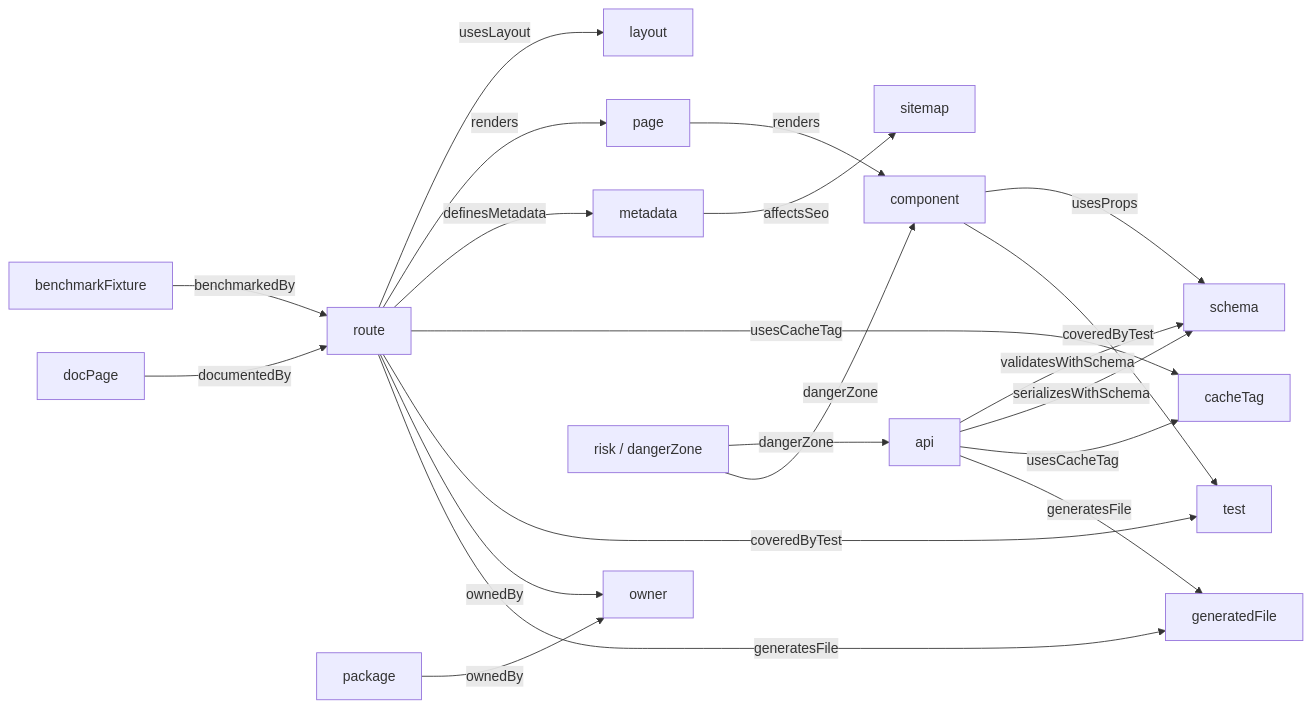
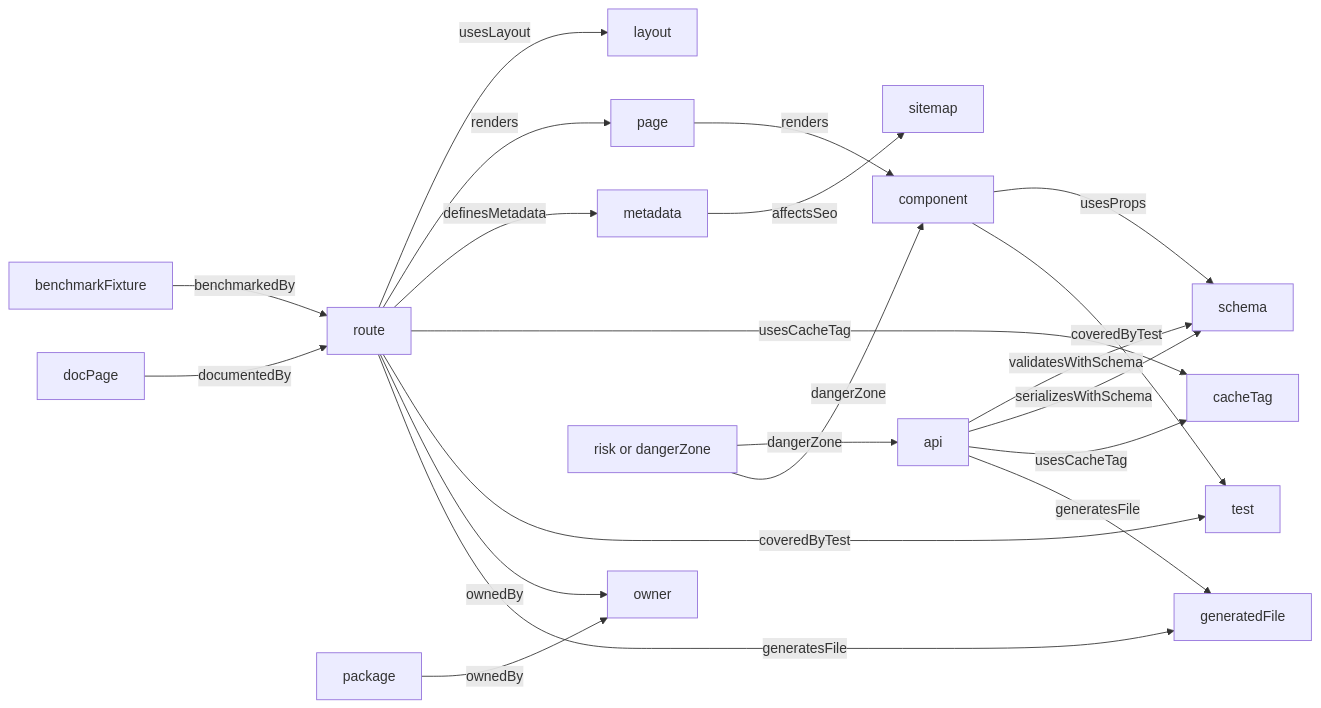
One commit to byronwade/NeedleStart changed the second of 10 diagrams in docs/app-graph-visual.md. Above: the diagram before and after it, drawn with Mermaid. The commit also changed other lines of this file, not shown here.

Commit message:
docs: harden Mermaid app graph diagrams

````diff
--- a/docs/app-graph-visual.md
+++ b/docs/app-graph-visual.md
@@ -84,40 +84,40 @@
 ```mermaid
 flowchart LR
   Route[route]
   Layout[layout]
   Page[page]
   Component[component]
   API[api]
   Schema[schema]
   CacheTag[cacheTag]
   Metadata[metadata]
   Sitemap[sitemap]
   Test[test]
   Owner[owner]
   Package[package]
   Generated[generatedFile]
   Benchmark[benchmarkFixture]
   Doc[docPage]
-  Risk[risk / dangerZone]
+  Risk[risk or dangerZone]
 
   Route -->|usesLayout| Layout
   Route -->|renders| Page
   Page -->|renders| Component
   Component -->|usesProps| Schema
   API -->|validatesWithSchema| Schema
   API -->|serializesWithSchema| Schema
   Route -->|definesMetadata| Metadata
   Metadata -->|affectsSeo| Sitemap
   Route -->|usesCacheTag| CacheTag
   API -->|usesCacheTag| CacheTag
   Component -->|coveredByTest| Test
   Route -->|coveredByTest| Test
   Package -->|ownedBy| Owner
   Route -->|ownedBy| Owner
   Route -->|generatesFile| Generated
   API -->|generatesFile| Generated
   Benchmark -->|benchmarkedBy| Route
   Risk -->|dangerZone| API
   Risk -->|dangerZone| Component
   Doc -->|documentedBy| Route
 ```
````
